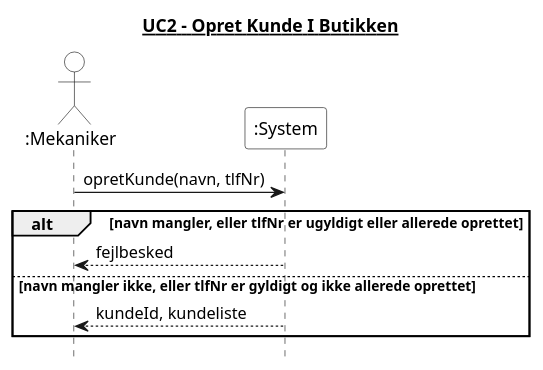
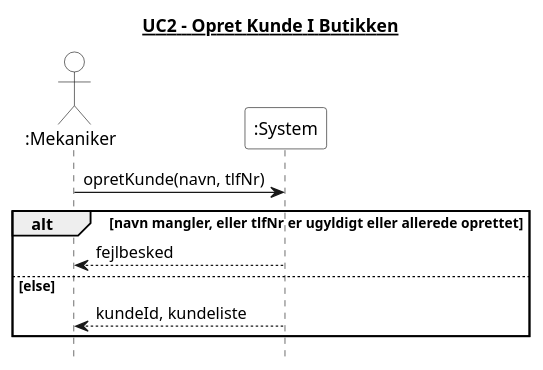
Before and after one commit to Zoabz/Getting-Real: the diagram in 4. System Sekvens Diagram/UC2_opret_kunde.puml, drawn with PlantUML. The commit also changed 7 other files, not shown here.

```diff
--- a/4. System Sekvens Diagram/UC2_opret_kunde.puml
+++ b/4. System Sekvens Diagram/UC2_opret_kunde.puml
@@ -1,25 +1,25 @@
 @startuml
 title <u>UC2 - Opret Kunde I Butikken</u>
 hide footbox
 skinparam monochrome true
 skinparam shadowing false
 skinparam backgroundColor white
 skinparam actor {
   BackgroundColor white
 }
 skinparam participant {
   BackgroundColor white
 }
 
 actor ":Mekaniker"
 participant ":System" as System
 
 ":Mekaniker" -> System : opretKunde(navn, tlfNr)
 
 alt navn mangler, eller tlfNr er ugyldigt eller allerede oprettet
   System --> ":Mekaniker" : fejlbesked
-else navn mangler ikke, eller tlfNr er gyldigt og ikke allerede oprettet
+else else
   System --> ":Mekaniker" : kundeId, kundeliste
 end
 
 @enduml
```
